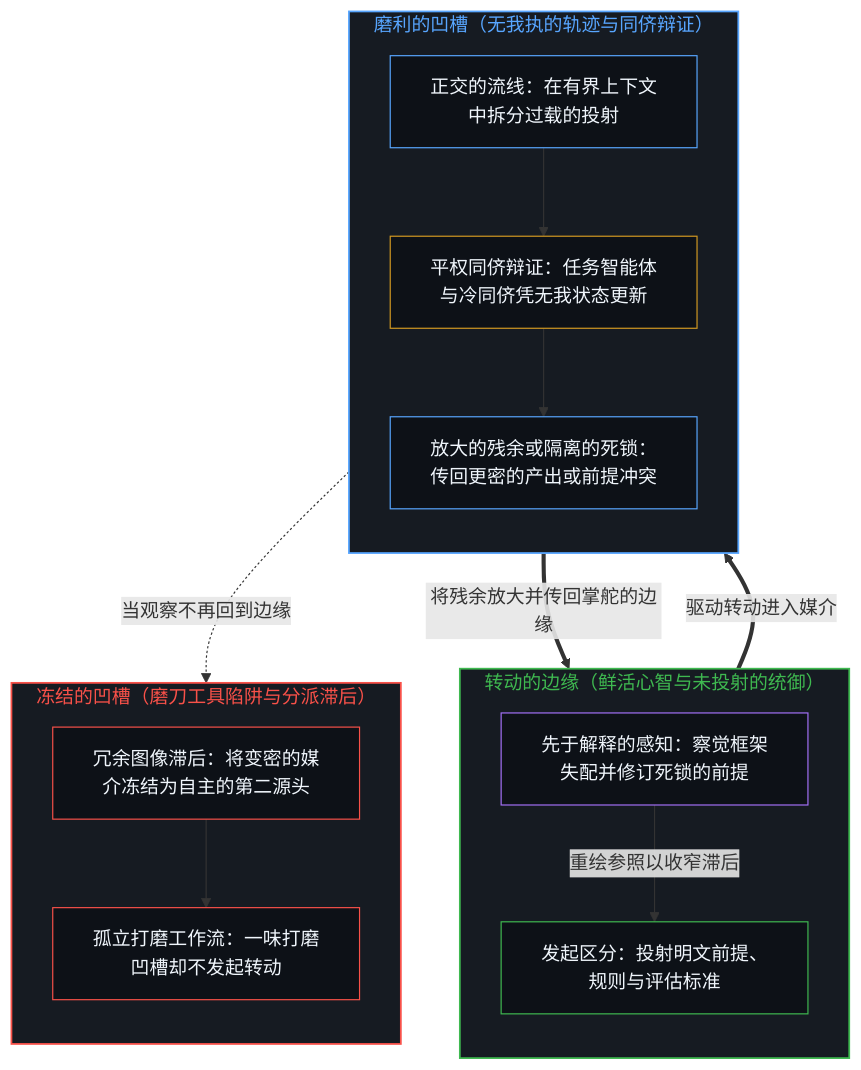
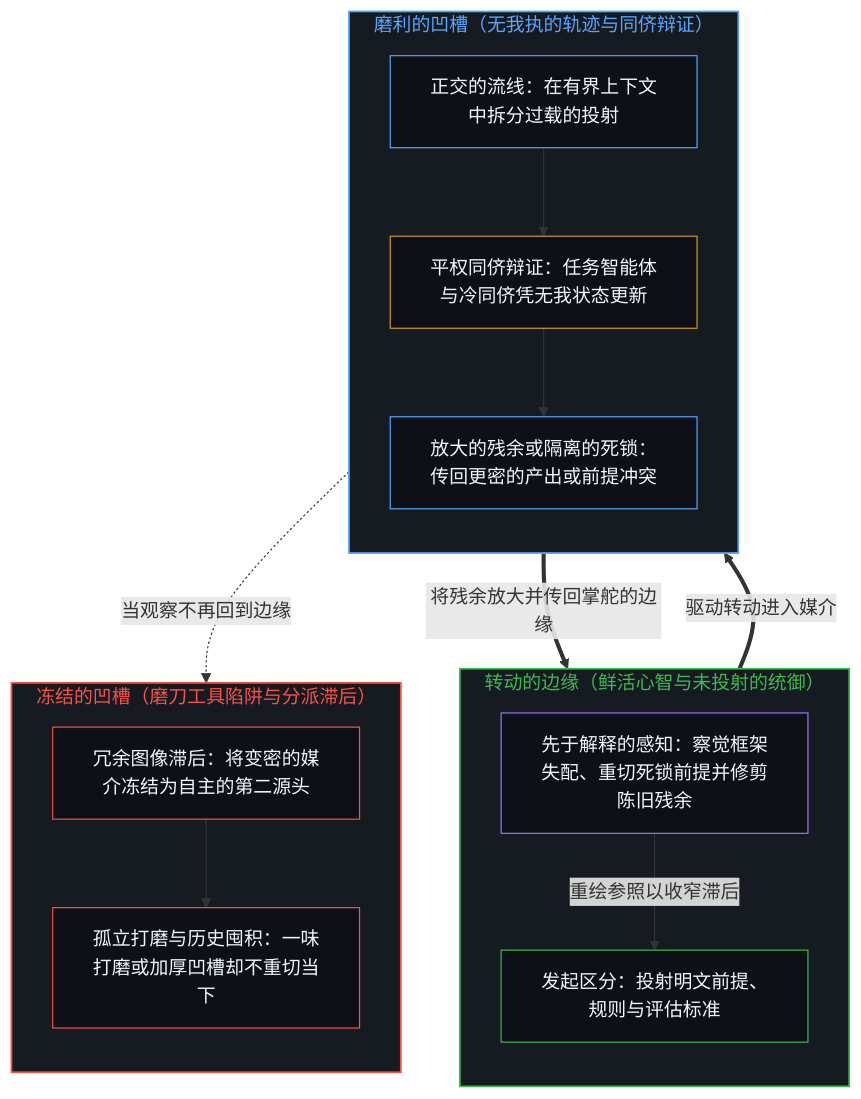
Before and after one commit to powerpig99/not-a-toe: the first of 2 diagrams in content/posts/the-flywheel-of-the-mind.md, drawn with Mermaid. The commit also changed other lines of this file and 12 other files, not shown here.

````diff
--- a/content/posts/the-flywheel-of-the-mind.md
+++ b/content/posts/the-flywheel-of-the-mind.md
@@ -45,39 +45,39 @@
 ```mermaid
 flowchart TD
     subgraph S_Edge["转动的边缘（鲜活心智与未投射的统御）"]
         direction TB
         E_Init["发起区分：投射明文前提、规则与评估标准"]
-        E_Sense["先于解释的感知：察觉框架失配并修订死锁的前提"]
+        E_Sense["先于解释的感知：察觉框架失配、重切死锁前提并修剪陈旧残余"]
         E_Sense -->|"重绘参照以收窄滞后"| E_Init
     end
 
     subgraph S_Groove["磨利的凹槽（无我执的轨迹与同侪辩证）"]
         direction TB
         G_Route["正交的流线：在有界上下文中拆分过载的投射"]
         G_Debate["平权同侪辩证：任务智能体与冷同侪凭无我状态更新"]
         G_Signal["放大的残余或隔离的死锁：传回更密的产出或前提冲突"]
         G_Route --> G_Debate --> G_Signal
     end
 
     subgraph S_Trap["冻结的凹槽（磨刀工具陷阱与分派滞后）"]
         direction TB
         T_Lag["冗余图像滞后：将变密的媒介冻结为自主的第二源头"]
-        T_Stall["孤立打磨工作流：一味打磨凹槽却不发起转动"]
+        T_Stall["孤立打磨与历史囤积：一味打磨或加厚凹槽却不重切当下"]
         T_Lag --> T_Stall
     end
 
     E_Init ==>|"驱动转动进入媒介"| G_Route
     G_Signal ==>|"将残余放大并传回掌舵的边缘"| E_Sense
     G_Signal -.->|"当观察不再回到边缘"| T_Lag
 
     style S_Edge fill:#161b22,stroke:#3fb950,stroke-width:1.5px,color:#3fb950
     style S_Groove fill:#161b22,stroke:#58a6ff,stroke-width:1.5px,color:#58a6ff
     style S_Trap fill:#161b22,stroke:#f85149,stroke-width:1.5px,color:#f85149
     style E_Init fill:#0d1117,stroke:#3fb950,stroke-width:1px,color:#f0f6fc
     style E_Sense fill:#0d1117,stroke:#a371f7,stroke-width:1px,color:#f0f6fc
     style G_Route fill:#0d1117,stroke:#58a6ff,stroke-width:1px,color:#f0f6fc
     style G_Debate fill:#0d1117,stroke:#d29922,stroke-width:1px,color:#f0f6fc
     style G_Signal fill:#0d1117,stroke:#58a6ff,stroke-width:1px,color:#f0f6fc
     style T_Lag fill:#0d1117,stroke:#f85149,stroke-width:1px,color:#f0f6fc
     style T_Stall fill:#0d1117,stroke:#f85149,stroke-width:1px,color:#f0f6fc
 ```
````
